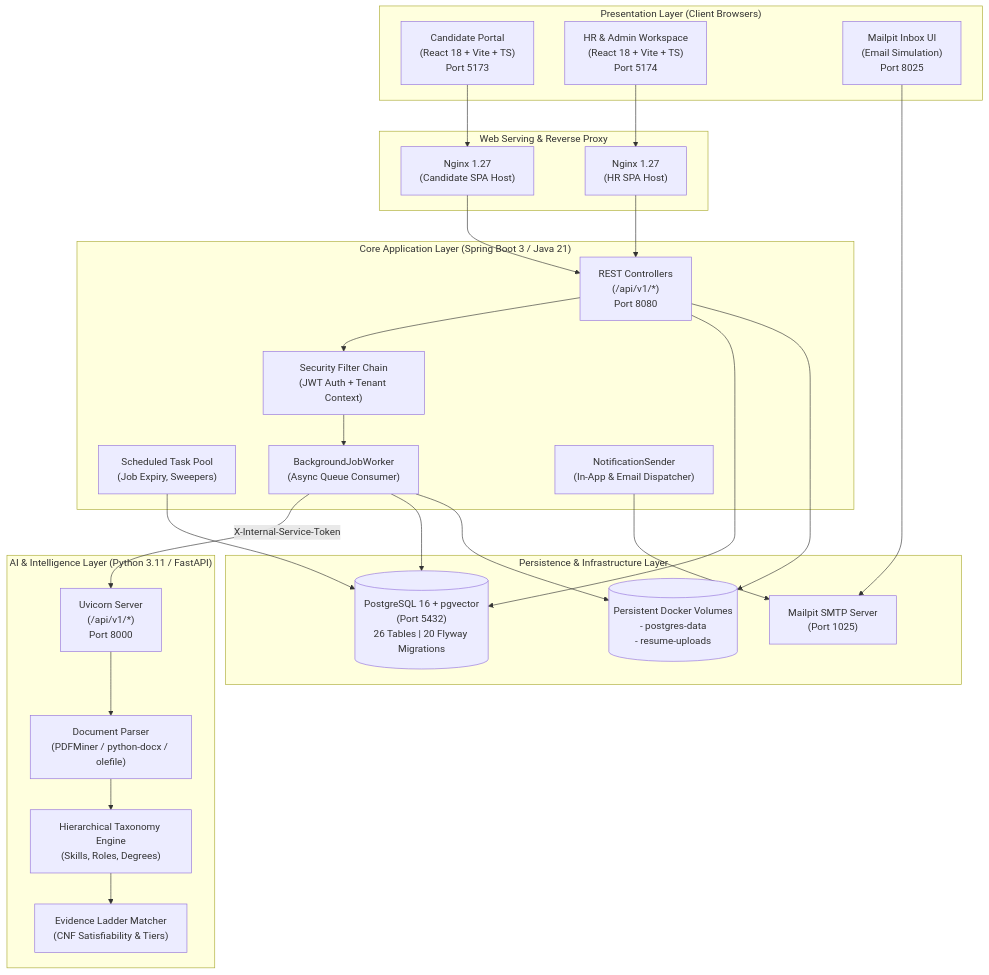
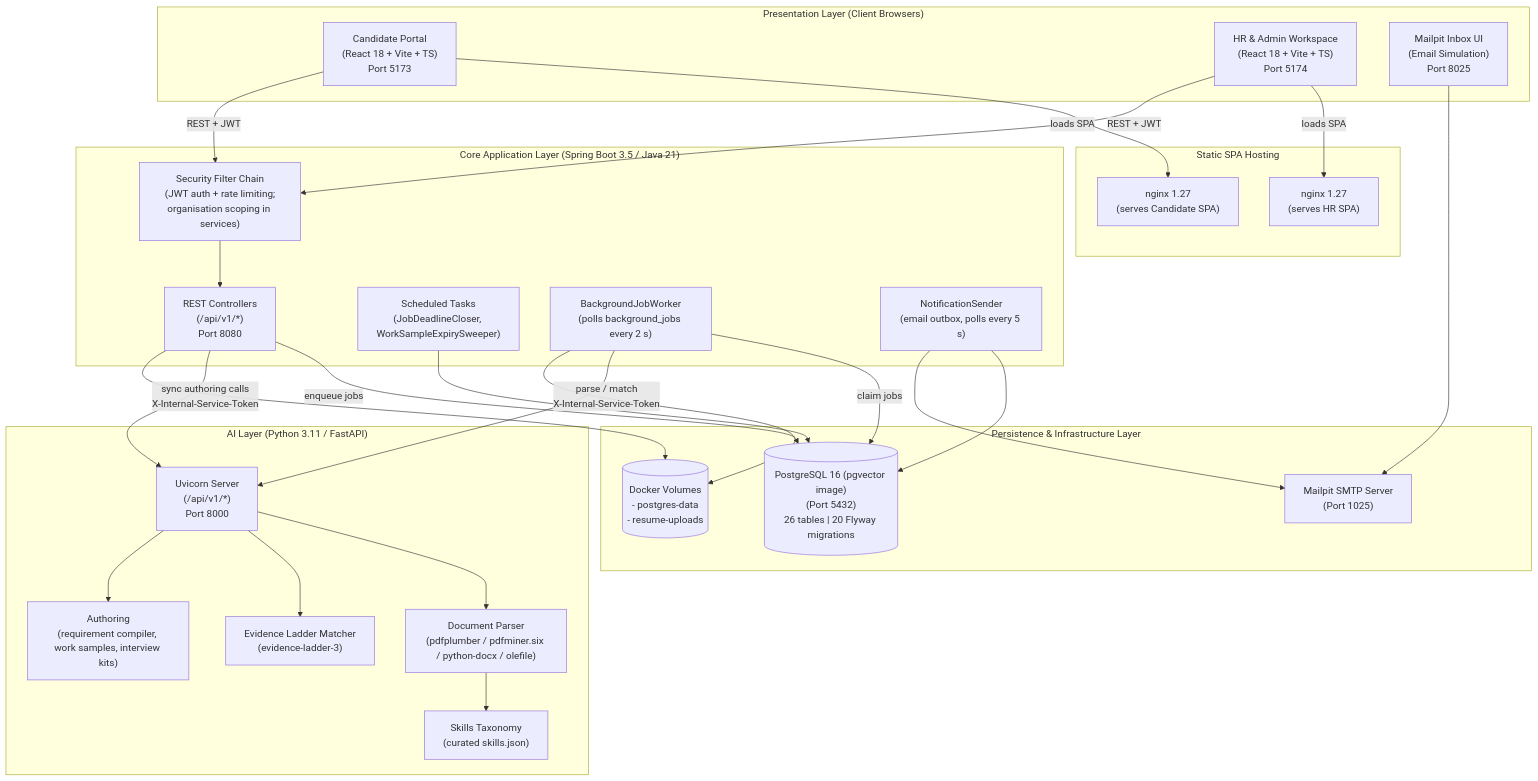
The first of 12 diagrams in docs/audit/FULL_SUBMISSION_REPORT.md (Krishna-Goel2002/RecruitPro), drawn with Mermaid before and after one commit. The commit also changed other lines of this file and 7 other files, not shown here.

````diff
--- a/docs/audit/FULL_SUBMISSION_REPORT.md
+++ b/docs/audit/FULL_SUBMISSION_REPORT.md
@@ -64,47 +65,54 @@
 ```mermaid
 flowchart TB
     subgraph Clients["Presentation Layer (Client Browsers)"]
-        CP["Candidate Portal\n(React 18 + Vite + TS)\nPort 5173"]
-        HR["HR & Admin Workspace\n(React 18 + Vite + TS)\nPort 5174"]
-        MailUI["Mailpit Inbox UI\n(Email Simulation)\nPort 8025"]
+        CP["Candidate Portal<br/>(React 18 + Vite + TS)<br/>Port 5173"]
+        HR["HR & Admin Workspace<br/>(React 18 + Vite + TS)<br/>Port 5174"]
+        MailUI["Mailpit Inbox UI<br/>(Email Simulation)<br/>Port 8025"]
     end
 
-    subgraph Ingress["Web Serving & Reverse Proxy"]
-        NginxCP["Nginx 1.27\n(Candidate SPA Host)"]
-        NginxHR["Nginx 1.27\n(HR SPA Host)"]
+    subgraph Static["Static SPA Hosting"]
+        NginxCP["nginx 1.27<br/>(serves Candidate SPA)"]
+        NginxHR["nginx 1.27<br/>(serves HR SPA)"]
     end
 
-    subgraph BackendCore["Core Application Layer (Spring Boot 3 / Java 21)"]
-        API["REST Controllers\n(/api/v1/*)\nPort 8080"]
-        Sec["Security Filter Chain\n(JWT Auth + Tenant Context)"]
-        Sched["Scheduled Task Pool\n(Job Expiry, Sweepers)"]
-        Worker["BackgroundJobWorker\n(Async Queue Consumer)"]
-        Notif["NotificationSender\n(In-App & Email Dispatcher)"]
+    subgraph BackendCore["Core Application Layer (Spring Boot 3.5 / Java 21)"]
+        API["REST Controllers<br/>(/api/v1/*)<br/>Port 8080"]
+        Sec["Security Filter Chain<br/>(JWT auth + rate limiting;<br/>organisation scoping in services)"]
+        Sched["Scheduled Tasks<br/>(JobDeadlineCloser, WorkSampleExpirySweeper)"]
+        Worker["BackgroundJobWorker<br/>(polls background_jobs every 2 s)"]
+        Notif["NotificationSender<br/>(email outbox, polls every 5 s)"]
     end
 
-    subgraph AIService["AI & Intelligence Layer (Python 3.11 / FastAPI)"]
-        FastAPI["Uvicorn Server\n(/api/v1/*)\nPort 8000"]
-        Parser["Document Parser\n(PDFMiner / python-docx / olefile)"]
-        Taxonomy["Hierarchical Taxonomy Engine\n(Skills, Roles, Degrees)"]
-        Matcher["Evidence Ladder Matcher\n(CNF Satisfiability & Tiers)"]
+    subgraph AIService["AI Layer (Python 3.11 / FastAPI)"]
+        FastAPI["Uvicorn Server<br/>(/api/v1/*)<br/>Port 8000"]
+        Parser["Document Parser<br/>(pdfplumber / pdfminer.six / python-docx / olefile)"]
+        Taxonomy["Skills Taxonomy<br/>(curated skills.json)"]
+        Matcher["Evidence Ladder Matcher<br/>(evidence-ladder-3)"]
+        Authoring["Authoring<br/>(requirement compiler, work samples, interview kits)"]
     end
 
     subgraph Storage["Persistence & Infrastructure Layer"]
-        PG[("PostgreSQL 16 + pgvector\n(Port 5432)\n26 Tables | 20 Flyway Migrations")]
-        Mail["Mailpit SMTP Server\n(Port 1025)"]
-        Volumes[("Persistent Docker Volumes\n- postgres-data\n- resume-uploads")]
+        PG[("PostgreSQL 16 (pgvector image)<br/>(Port 5432)<br/>26 tables | 20 Flyway migrations")]
+        Mail["Mailpit SMTP Server<br/>(Port 1025)"]
+        Volumes[("Docker Volumes<br/>- postgres-data<br/>- resume-uploads")]
     end
 
-    CP --> NginxCP --> API
-    HR --> NginxHR --> API
+    CP -->|"loads SPA"| NginxCP
+    HR -->|"loads SPA"| NginxHR
+    CP -->|"REST + JWT"| Sec
+    HR -->|"REST + JWT"| Sec
+    Sec --> API
     MailUI --> Mail
-    API --> Sec --> Worker
-    Worker -->|X-Internal-Service-Token| FastAPI
-    FastAPI --> Parser --> Taxonomy --> Matcher
-    API --> PG
-    Worker --> PG
+    API -->|"enqueue jobs"| PG
+    Worker -->|"claim jobs"| PG
+    Worker -->|"parse / match<br/>X-Internal-Service-Token"| FastAPI
+    API -->|"sync authoring calls<br/>X-Internal-Service-Token"| FastAPI
+    FastAPI --> Parser --> Taxonomy
+    FastAPI --> Matcher
+    FastAPI --> Authoring
     Sched --> PG
+    Notif --> PG
     Notif --> Mail
     API --> Volumes
     Worker --> Volumes
 ```
````
